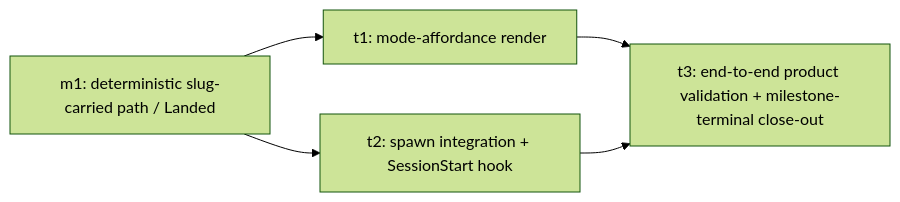
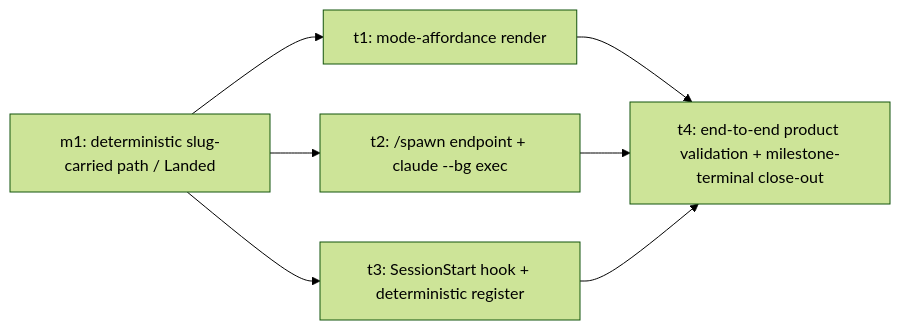
One commit to kcrobinson-1/workstream-tracker changed the diagram in docs/plans/tool-originated-task-sessions/m2/README.md. Above: the diagram before and after it, drawn with Mermaid (forest theme). The commit also changed other lines of this file, not shown here.

````diff
--- a/docs/plans/tool-originated-task-sessions/m2/README.md
+++ b/docs/plans/tool-originated-task-sessions/m2/README.md
@@ -121,8 +123,10 @@
 ```mermaid
 flowchart LR
   m1[m1: deterministic slug-carried path / Landed] --> t1
   m1 --> t2
-  t1[t1: mode-affordance render] --> t3
-  t2[t2: spawn integration + SessionStart hook] --> t3
-  t3[t3: end-to-end product validation + milestone-terminal close-out]
+  m1 --> t3
+  t1[t1: mode-affordance render] --> t4
+  t2[t2: /spawn endpoint + claude --bg exec] --> t4
+  t3[t3: SessionStart hook + deterministic register] --> t4
+  t4[t4: end-to-end product validation + milestone-terminal close-out]
 ```
````
